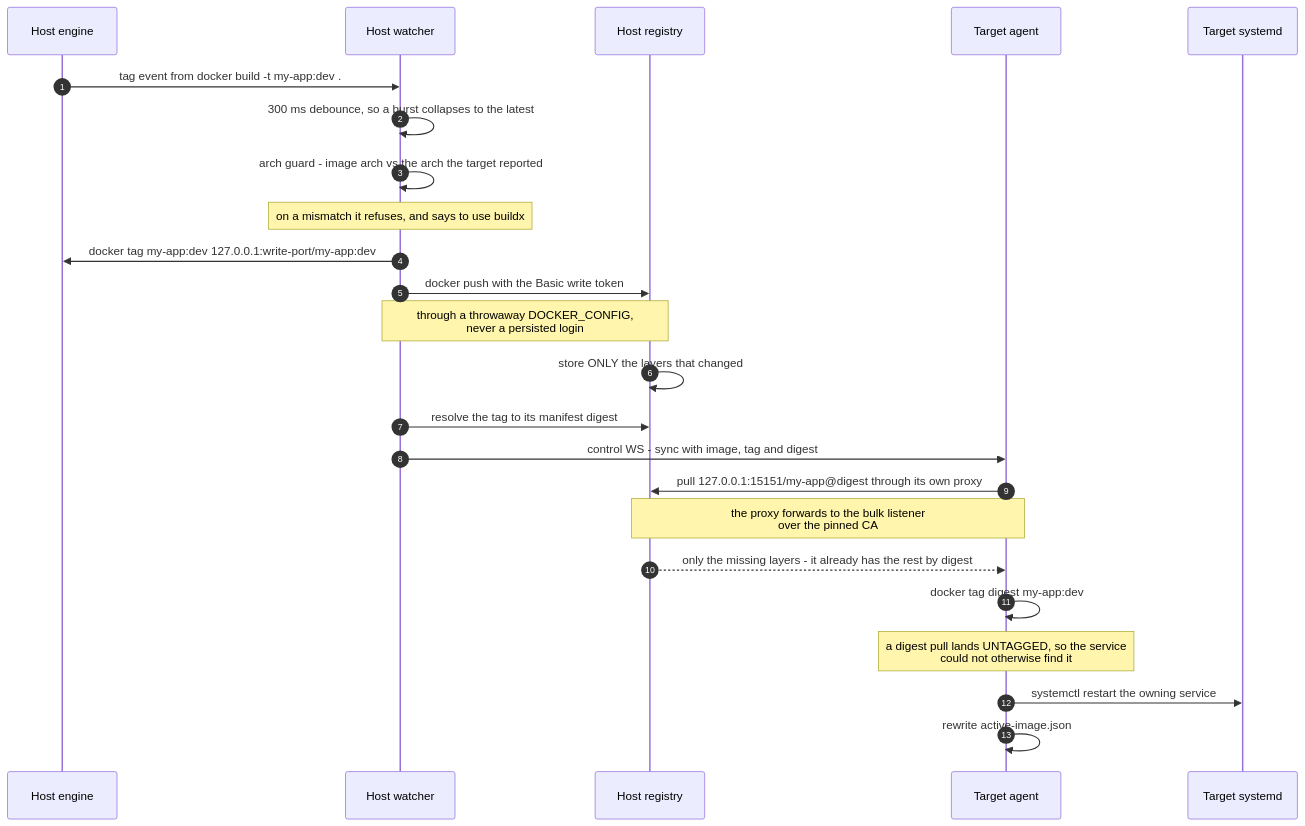
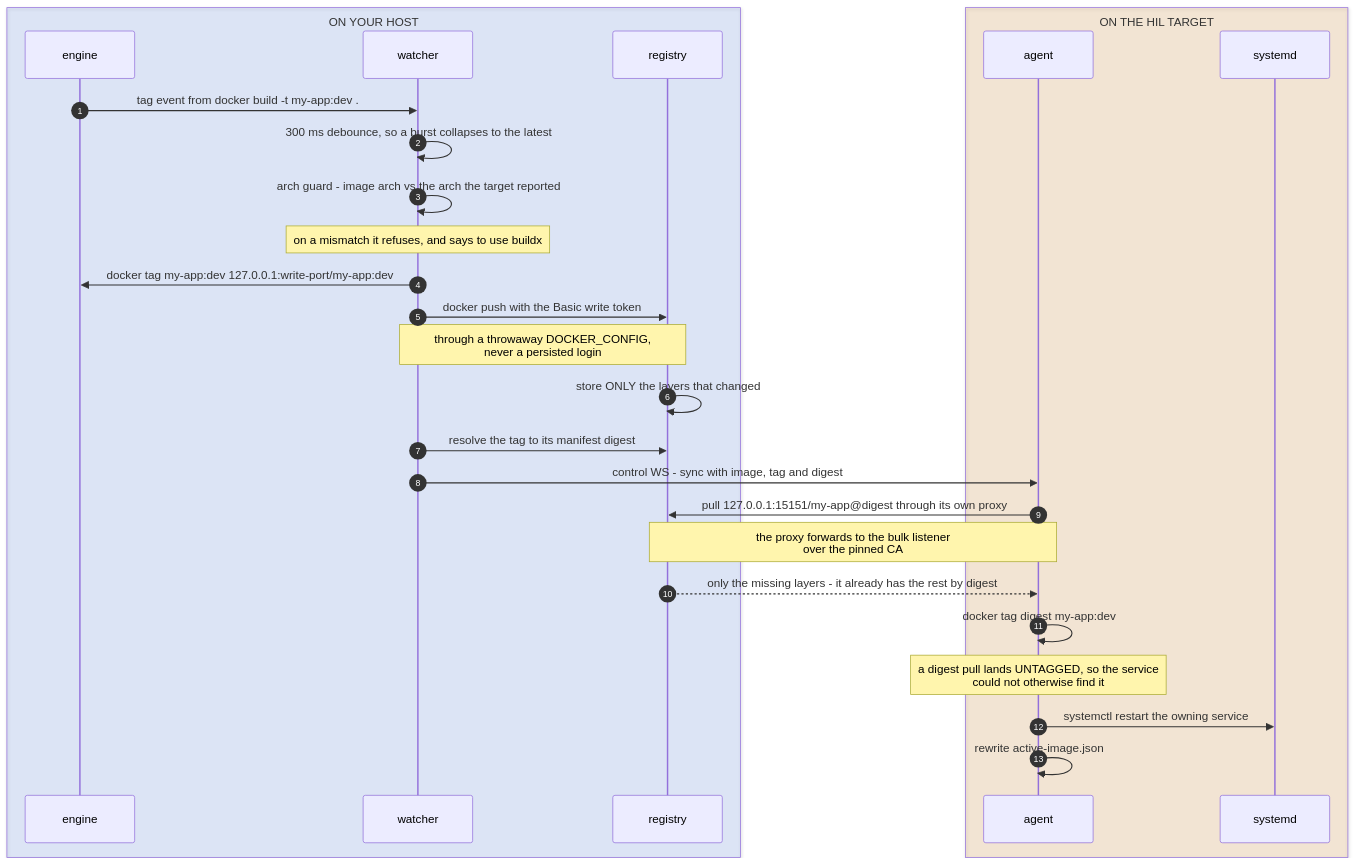
Before and after one commit to peridio/docs: the fourth of 5 diagrams in src/docs-guides/container-dev-mode.md, drawn with Mermaid. The commit also changed other lines of this file and 1 other file, not shown here.

````diff
--- a/src/docs-guides/container-dev-mode.md
+++ b/src/docs-guides/container-dev-mode.md
@@ -227,29 +262,33 @@
 ```mermaid
 sequenceDiagram
     autonumber
-    participant E as Host engine
-    participant W as Host watcher
-    participant R as Host registry
-    participant A as Target agent
-    participant S as Target systemd
+    box rgba(37,99,235,0.12) ON YOUR HOST
+    participant E as engine
+    participant W as watcher
+    participant R as registry
+    end
+    box rgba(217,119,6,0.14) ON THE HIL TARGET
+    participant A as agent
+    participant S as systemd
+    end
 
     E->>W: tag event from docker build -t my-app:dev .
     W->>W: 300 ms debounce, so a burst collapses to the latest
     W->>W: arch guard - image arch vs the arch the target reported
     Note over W: on a mismatch it refuses, and says to use buildx
 
     W->>E: docker tag my-app:dev 127.0.0.1:write-port/my-app:dev
     W->>R: docker push with the Basic write token
     Note over W,R: through a throwaway DOCKER_CONFIG,<br/>never a persisted login
     R->>R: store ONLY the layers that changed
     W->>R: resolve the tag to its manifest digest
 
     W->>A: control WS - sync with image, tag and digest
     A->>R: pull 127.0.0.1:15151/my-app@digest through its own proxy
     Note over A,R: the proxy forwards to the bulk listener<br/>over the pinned CA
     R-->>A: only the missing layers - it already has the rest by digest
     A->>A: docker tag digest my-app:dev
     Note over A: a digest pull lands UNTAGGED, so the service<br/>could not otherwise find it
     A->>S: systemctl restart the owning service
     A->>A: rewrite active-image.json
 ```
````
